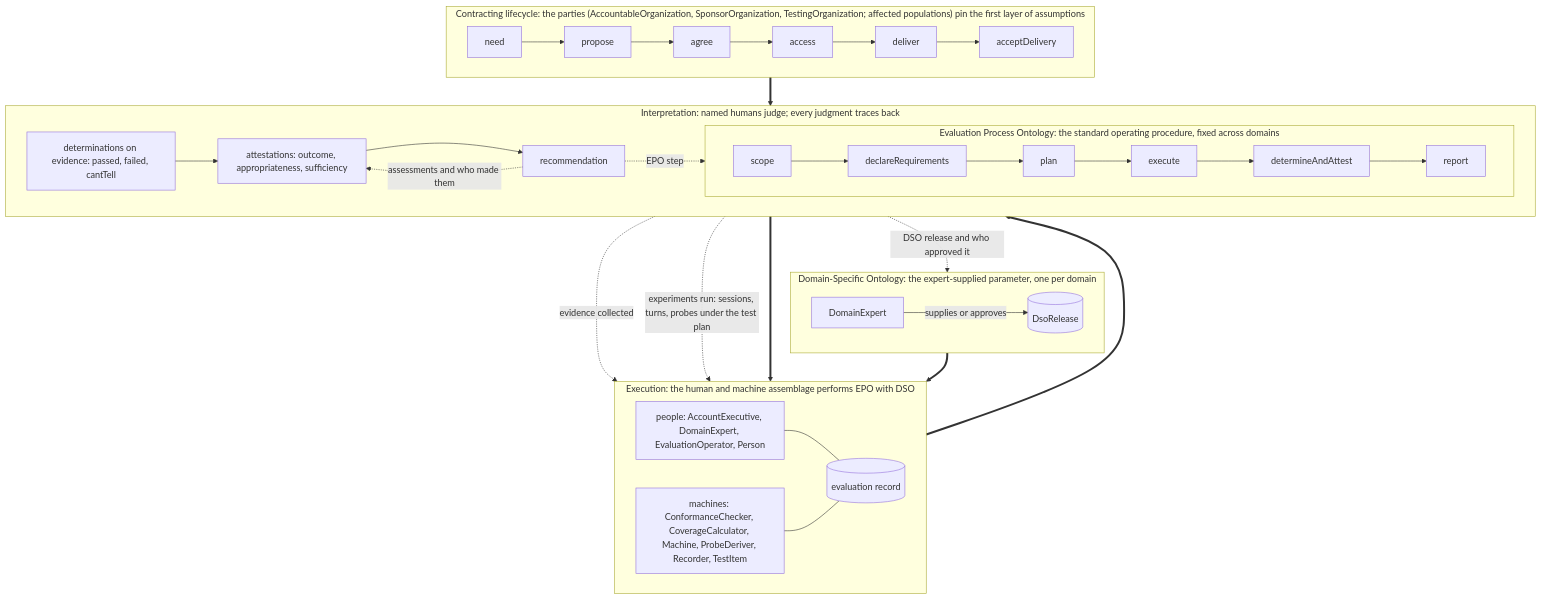
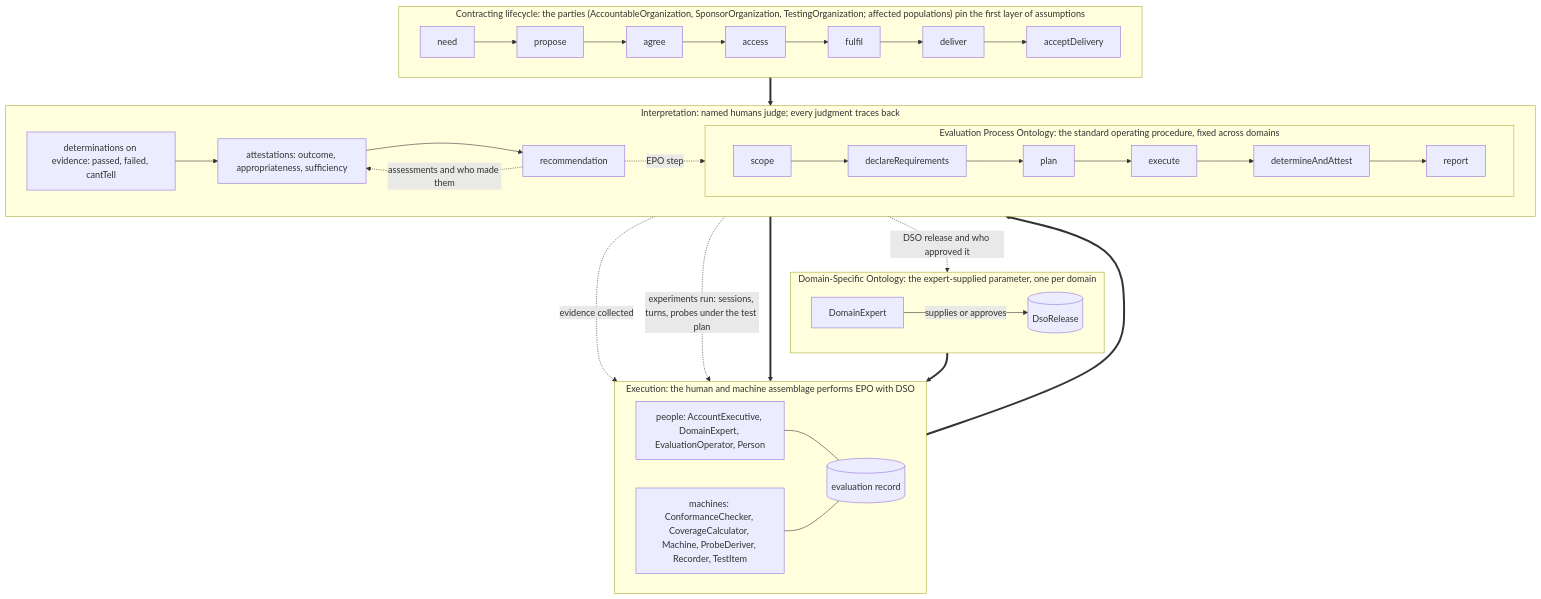
Before and after one commit to DynamicalSystemsGroup/og-caie-spec: the diagram in generated/layers.md, drawn with Mermaid. The commit also changed 15 other files, not shown here.

````diff
--- a/generated/layers.md
+++ b/generated/layers.md
@@ -3,36 +3,36 @@
 ```{mermaid}
 flowchart TB
   subgraph PARTIES["Contracting lifecycle: the parties (AccountableOrganization, SponsorOrganization, TestingOrganization; affected populations) pin the first layer of assumptions"]
     direction LR
-    c0[need] --> c1[propose] --> c2[agree] --> c3[access] --> c4[deliver] --> c5[acceptDelivery]
+    c0[need] --> c1[propose] --> c2[agree] --> c3[access] --> c4[fulfil] --> c5[deliver] --> c6[acceptDelivery]
   end
   subgraph EPO["Evaluation Process Ontology: the standard operating procedure, fixed across domains"]
     direction LR
     s0[scope] --> s1[declareRequirements] --> s2[plan] --> s3[execute] --> s4[determineAndAttest] --> s5[report]
   end
   subgraph DSO["Domain-Specific Ontology: the expert-supplied parameter, one per domain"]
     direction LR
     de[DomainExpert] -- supplies or approves --> dso[(DsoRelease)]
   end
   subgraph EXEC["Execution: the human and machine assemblage performs EPO with DSO"]
     direction LR
     H["people: AccountExecutive, DomainExpert, EvaluationOperator, Person"]
     M["machines: ConformanceChecker, CoverageCalculator, Machine, ProbeDeriver, Recorder, TestItem"]
     H --- rec[(evaluation record)]
     M --- rec
   end
   subgraph INTERP["Interpretation: named humans judge; every judgment traces back"]
     direction LR
     det[determinations on evidence: passed, failed, cantTell] --> att[attestations: outcome, appropriateness, sufficiency]
     att --> recmd[recommendation]
     recmd -. evidence collected .-> rec
     recmd -. experiments run: sessions, turns, probes under the test plan .-> rec
     recmd -. assessments and who made them .-> att
     recmd -. DSO release and who approved it .-> dso
     recmd -. EPO step .-> EPO
   end
   PARTIES ==> EPO
   EPO ==> EXEC
   DSO ==> EXEC
   EXEC ==> INTERP
 ```
````
